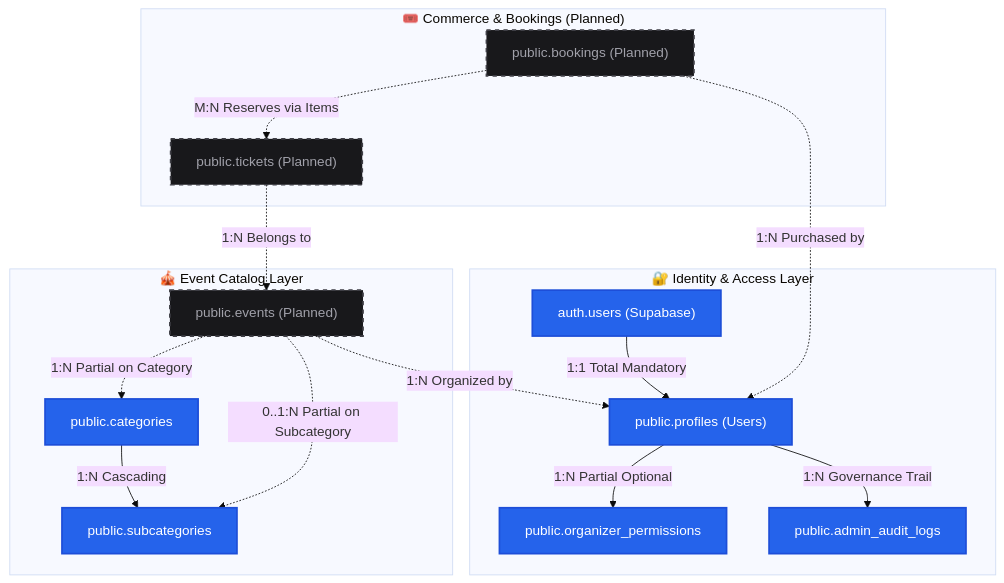
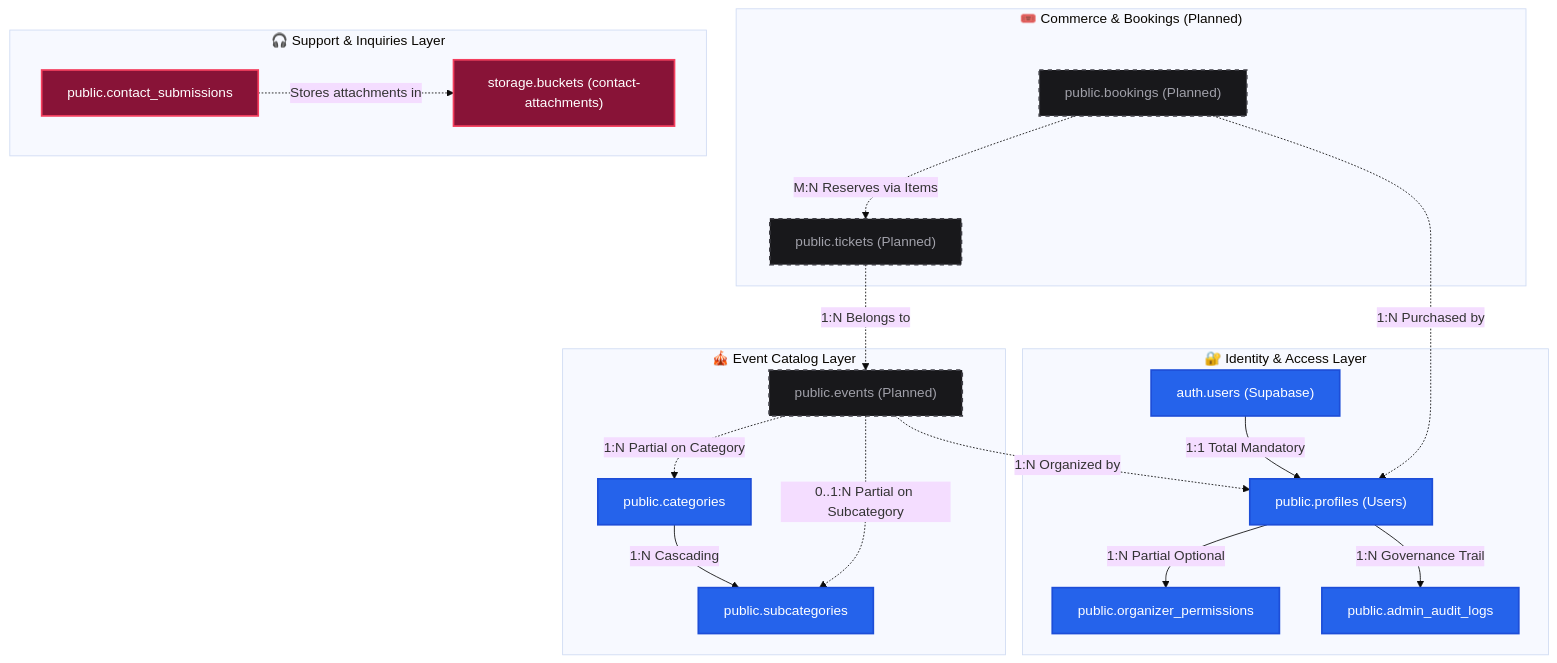
The third of 4 diagrams in docs/DB_STRUCTURE.md (AbdullahAhmed903/Tiqora), drawn with Mermaid (base theme) before and after one commit. The commit also changed other lines of this file and 17 other files, not shown here.

````diff
--- a/docs/DB_STRUCTURE.md
+++ b/docs/DB_STRUCTURE.md
@@ -247,29 +282,37 @@
 ```mermaid
 graph TD
     subgraph Auth_Identity ["🔐 Identity & Access Layer"]
         AU["auth.users (Supabase)"] -->|1:1 Total Mandatory| P["public.profiles (Users)"]
         P -->|1:N Partial Optional| OP["public.organizer_permissions"]
         P -->|1:N Governance Trail| AL["public.admin_audit_logs"]
     end
 
     subgraph Catalog ["🎪 Event Catalog Layer"]
         C["public.categories"]
         SC["public.subcategories"]
         C -->|1:N Cascading| SC
         E["public.events (Planned)"] -.->|1:N Partial on Category| C
         E -.->|0..1:N Partial on Subcategory| SC
         E -.->|1:N Organized by| P
     end
 
     subgraph Operations ["🎟️ Commerce & Bookings (Planned)"]
         T["public.tickets (Planned)"] -.->|1:N Belongs to| E
         B["public.bookings (Planned)"] -.->|1:N Purchased by| P
         B -.->|M:N Reserves via Items| T
     end
 
+    subgraph Support ["🎧 Support & Inquiries Layer"]
+        CS["public.contact_submissions"]
+        SCA["storage.buckets (contact-attachments)"]
+        CS -.->|Stores attachments in| SCA
+    end
+
     classDef active fill:#2563EB,stroke:#1D4ED8,stroke-width:2px,color:#fff;
+    classDef support fill:#881337,stroke:#f43f5e,stroke-width:2px,color:#fff;
     classDef planned fill:#18181B,stroke:#3F3F46,stroke-width:2px,stroke-dasharray: 5 5,color:#A1A1AA;
     
     class AU,P,OP,AL,C,SC active;
+    class CS,SCA support;
     class E,T,B planned;
 ```
````
